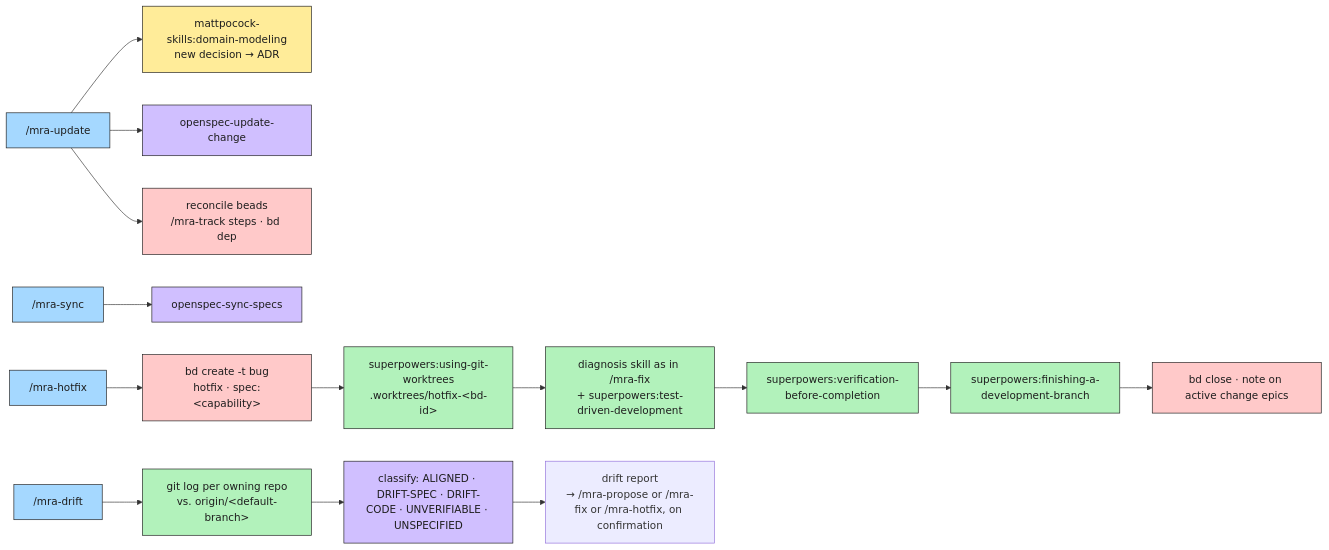
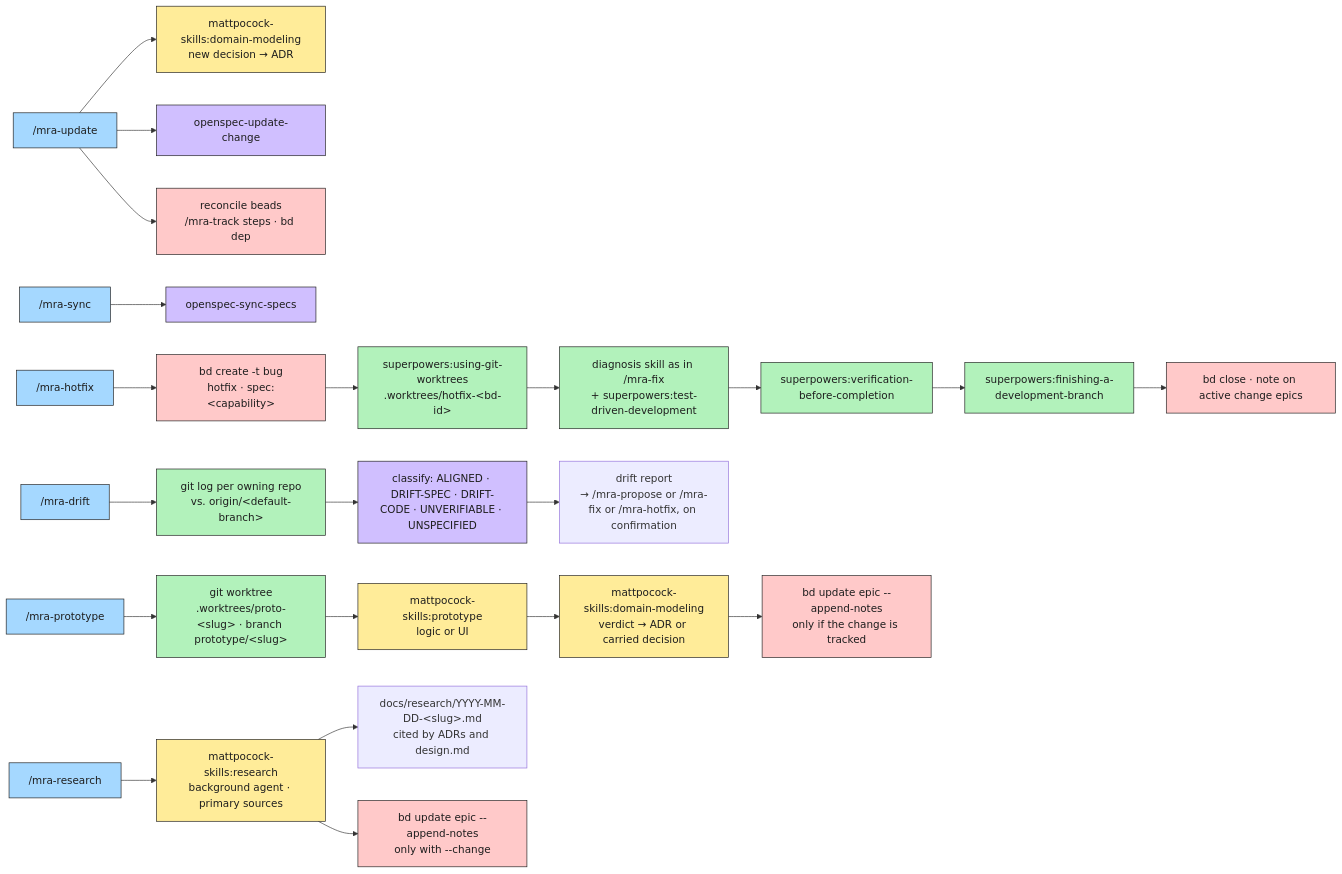
One commit to Ancora-Ancora/mra-flow changed the fourth of 5 diagrams in payload/orchestrator/.mra-flow/docs/mra-flow.md. Above: the diagram before and after it, drawn with Mermaid. The commit also changed other lines of this file and 9 other files, not shown here.

First line of the commit message:
Add mra-prototype and mra-research; release 0.1.8

````diff
--- a/payload/orchestrator/.mra-flow/docs/mra-flow.md
+++ b/payload/orchestrator/.mra-flow/docs/mra-flow.md
@@ -145,22 +157,29 @@
 ```mermaid
 flowchart LR
     classDef phase fill:#a5d8ff,stroke:#1e1e1e,color:#1e1e1e
     classDef sp fill:#b2f2bb,stroke:#1e1e1e,color:#1e1e1e
     classDef mp fill:#ffec99,stroke:#1e1e1e,color:#1e1e1e
     classDef os fill:#d0bfff,stroke:#1e1e1e,color:#1e1e1e
     classDef bd fill:#ffc9c9,stroke:#1e1e1e,color:#1e1e1e
 
     up["/mra-update"]:::phase --> up1["mattpocock-skills:domain-modeling<br/>new decision → ADR"]:::mp
     up --> up2["openspec-update-change"]:::os
     up --> up3["reconcile beads<br/>/mra-track steps · bd dep"]:::bd
     sy["/mra-sync"]:::phase --> sy1["openspec-sync-specs"]:::os
     hf["/mra-hotfix"]:::phase --> hf1["bd create -t bug<br/>hotfix · spec:#lt;capability#gt;"]:::bd
     hf1 --> hf2["superpowers:using-git-worktrees<br/>.worktrees/hotfix-#lt;bd-id#gt;"]:::sp
     hf2 --> hf3["diagnosis skill as in /mra-fix<br/>+ superpowers:test-driven-development"]:::sp
     hf3 --> hf4["superpowers:verification-before-completion"]:::sp
     hf4 --> hf5["superpowers:finishing-a-development-branch"]:::sp
     hf5 --> hf6["bd close · note on active change epics"]:::bd
     dr["/mra-drift"]:::phase --> dr1["git log per owning repo<br/>vs. origin/#lt;default-branch#gt;"]:::sp
     dr1 --> dr2["classify: ALIGNED · DRIFT-SPEC · DRIFT-CODE · UNVERIFIABLE · UNSPECIFIED"]:::os
     dr2 --> drA["drift report<br/>→ /mra-propose or /mra-fix or /mra-hotfix, on confirmation"]
+    pt["/mra-prototype"]:::phase --> pt1["git worktree<br/>.worktrees/proto-#lt;slug#gt; · branch prototype/#lt;slug#gt;"]:::sp
+    pt1 --> pt2["mattpocock-skills:prototype<br/>logic or UI"]:::mp
+    pt2 --> pt3["mattpocock-skills:domain-modeling<br/>verdict → ADR or carried decision"]:::mp
+    pt3 --> pt4["bd update epic --append-notes<br/>only if the change is tracked"]:::bd
+    rs["/mra-research"]:::phase --> rs1["mattpocock-skills:research<br/>background agent · primary sources"]:::mp
+    rs1 --> rsA["docs/research/YYYY-MM-DD-#lt;slug#gt;.md<br/>cited by ADRs and design.md"]
+    rs1 --> rs2["bd update epic --append-notes<br/>only with --change"]:::bd
 ```
````
